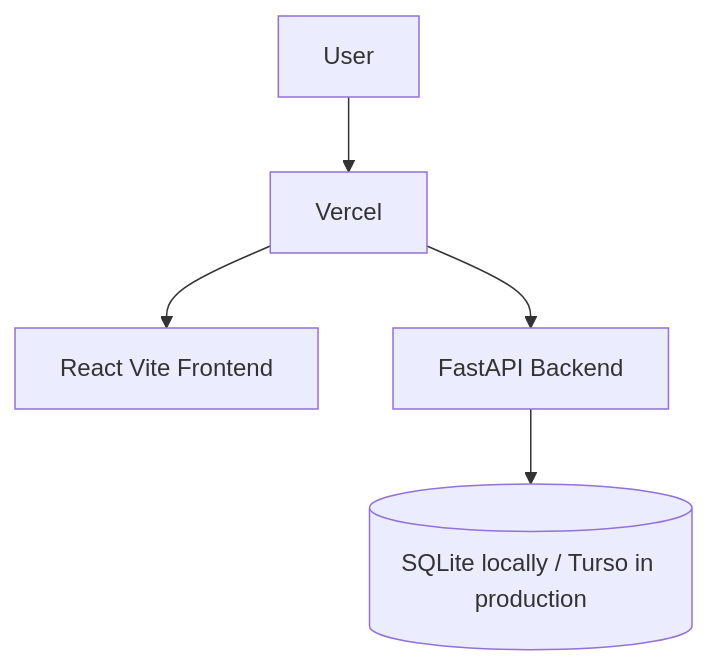
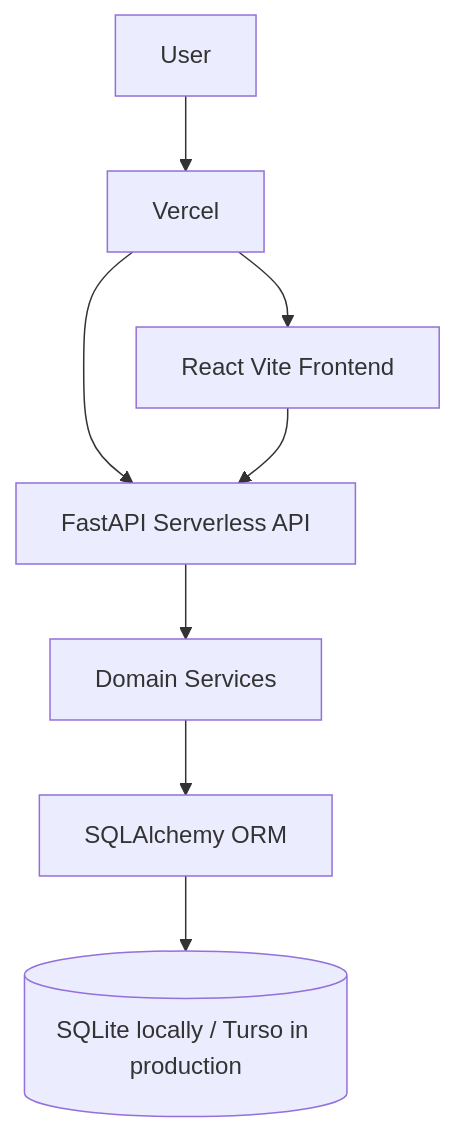
Before and after one commit to reabetsoe-dev/StockPilot: the diagram in docs/architecture.md, drawn with Mermaid. The commit also changed other lines of this file and 63 other files, not shown here.

````diff
--- a/docs/architecture.md
+++ b/docs/architecture.md
@@ -5,7 +5,10 @@
 ```mermaid
 flowchart TD
     User[User] --> Vercel[Vercel]
     Vercel --> Frontend[React Vite Frontend]
-    Vercel --> Backend[FastAPI Backend]
-    Backend --> DB[(SQLite locally / Turso in production)]
+    Vercel --> API[FastAPI Serverless API]
+    Frontend --> API
+    API --> Services[Domain Services]
+    Services --> ORM[SQLAlchemy ORM]
+    ORM --> DB[(SQLite locally / Turso in production)]
 ```
````
